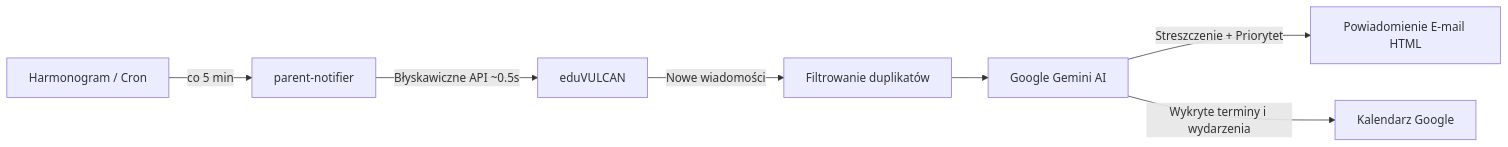
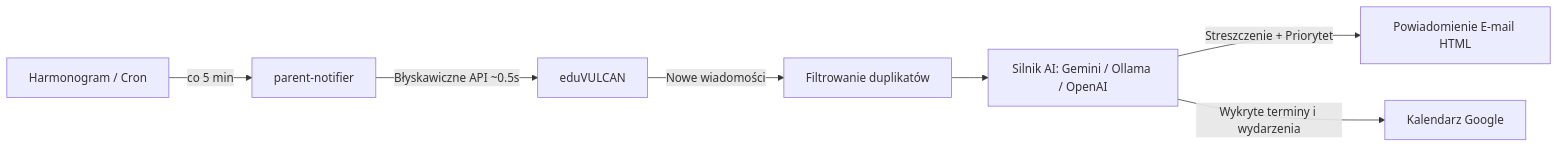
One commit to macxq/parent-notifier changed the diagram in README.md. Above: the diagram before and after it, drawn with Mermaid. The commit also changed other lines of this file, not shown here.

Commit message:
docs: Add self-hosted Ollama and OpenAI-compatible AI providers to Roadmap and diagram

````diff
--- a/README.md
+++ b/README.md
@@ -49,9 +52,9 @@
 ```mermaid
 flowchart LR
     A[Harmonogram / Cron] -->|co 5 min| B[parent-notifier]
     B -->|Błyskawiczne API ~0.5s| C[eduVULCAN]
     C -->|Nowe wiadomości| D[Filtrowanie duplikatów]
-    D --> E[Google Gemini AI]
+    D --> E[Silnik AI: Gemini / Ollama / OpenAI]
     E -->|Streszczenie + Priorytet| F[Powiadomienie E-mail HTML]
     E -->|Wykryte terminy i wydarzenia| G[Kalendarz Google]
 ```
````
